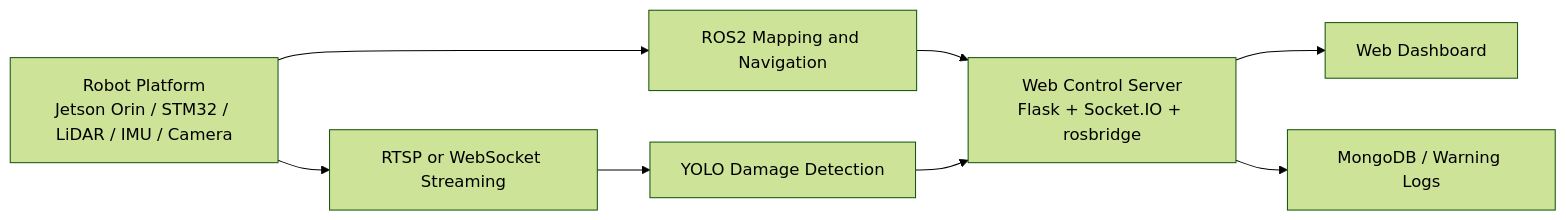
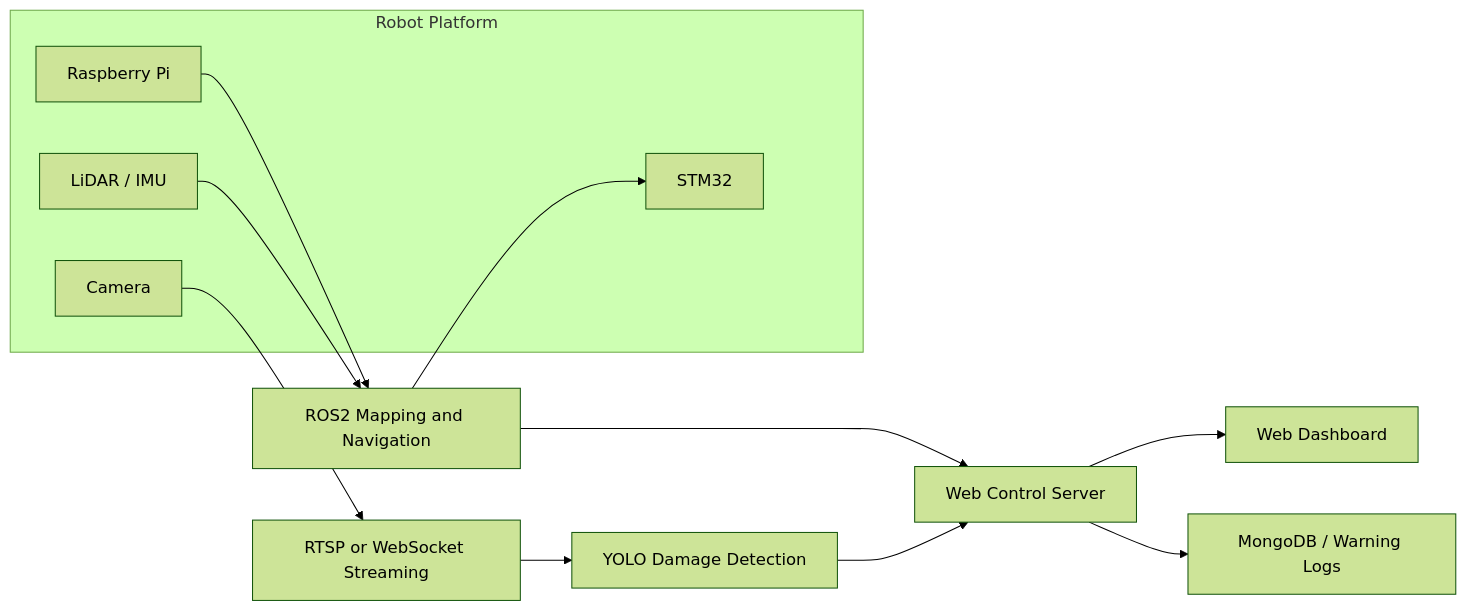
Before and after one commit to badanory/Smart-Duct-Inspection-Robot: the diagram in README.md, drawn with Mermaid (forest theme). The commit also changed other lines of this file and 1 other file, not shown here.

Commit message:
Polish README and architecture docs

````diff
--- a/README.md
+++ b/README.md
@@ -33,10 +35,19 @@
 ```mermaid
 flowchart LR
-    A[Robot Platform\nJetson Orin / STM32 / LiDAR / IMU / Camera] --> B[ROS2 Mapping and Navigation]
-    A --> C[RTSP or WebSocket Streaming]
-    B --> D[Web Control Server\nFlask + Socket.IO + rosbridge]
+    subgraph A[Robot Platform]
+        A1[Raspberry Pi]
+        A2[STM32]
+        A3[LiDAR / IMU]
+        A4[Camera]
+    end
+
+    A1 --> B[ROS2 Mapping and Navigation]
+    A3 --> B
+    B --> A2
+    A4 --> C[RTSP or WebSocket Streaming]
+    B --> D[Web Control Server]
     C --> E[YOLO Damage Detection]
     E --> D
     D --> F[Web Dashboard]
     D --> G[MongoDB / Warning Logs]
 ```
````
